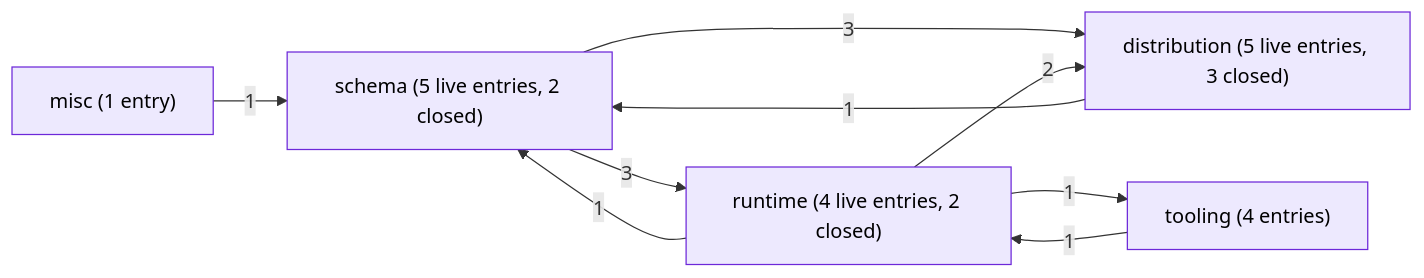
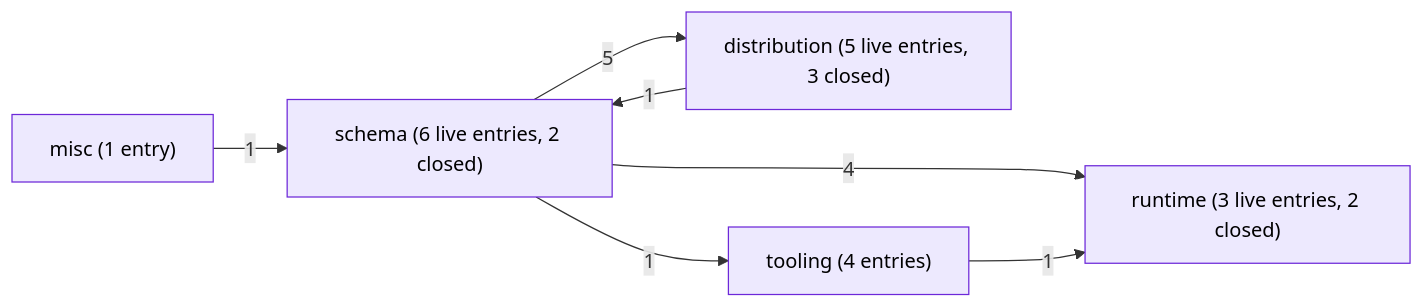
The first of 7 diagrams in GRAPH.md (open-platform-model/enhancements), drawn with Mermaid before and after one commit. The commit also changed other lines of this file and 17 other files, not shown here.

````diff
--- a/GRAPH.md
+++ b/GRAPH.md
@@ -18,26 +18,24 @@
 ```mermaid
 graph LR
   classDef draft       fill:#fef3c7,stroke:#b45309,color:#000
   classDef accepted    fill:#dbeafe,stroke:#1d4ed8,color:#000
   classDef rejected    fill:#fee2e2,stroke:#b91c1c,color:#7f1d1d,stroke-dasharray:4 2
   classDef superseded  fill:#e5e7eb,stroke:#6b7280,color:#6b7280
   classDef delivered   fill:#dcfce7,stroke:#15803d,color:#14532d
   classDef legacy      fill:#fafafa,stroke:#9ca3af,color:#6b7280,stroke-dasharray:3 3
   classDef stub        fill:#f3f4f6,stroke:#9ca3af,color:#374151
   classDef category    fill:#ede9fe,stroke:#6d28d9,color:#000
 
-  Cschema["schema (5 live entries, 2 closed)"]:::category
-  Cruntime["runtime (4 live entries, 2 closed)"]:::category
+  Cschema["schema (6 live entries, 2 closed)"]:::category
+  Cruntime["runtime (3 live entries, 2 closed)"]:::category
   Cdistribution["distribution (5 live entries, 3 closed)"]:::category
   Ctooling["tooling (4 entries)"]:::category
   Cmisc["misc (1 entry)"]:::category
 
-  Cschema -->|3| Cruntime
-  Cschema -->|3| Cdistribution
-  Cruntime -->|1| Cschema
-  Cruntime -->|2| Cdistribution
-  Cruntime -->|1| Ctooling
+  Cschema -->|4| Cruntime
+  Cschema -->|5| Cdistribution
+  Cschema -->|1| Ctooling
   Cdistribution -->|1| Cschema
   Ctooling -->|1| Cruntime
   Cmisc -->|1| Cschema
 ```
````
